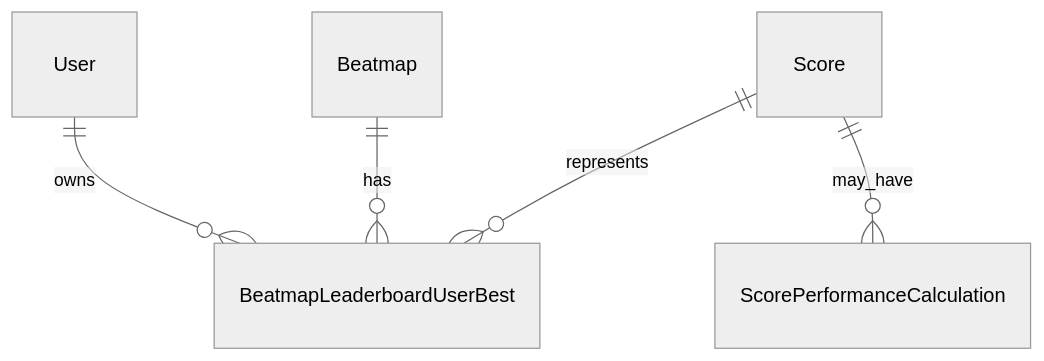
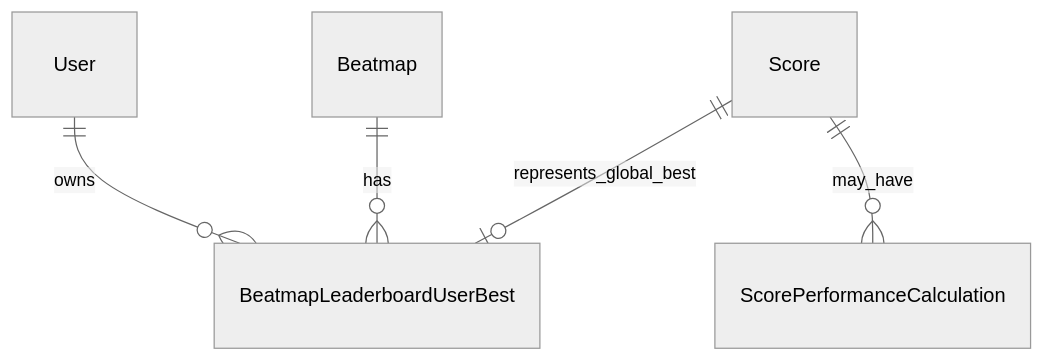
The fifth of 6 diagrams in .kiro/specs/beatmap-leaderboards/design.md (Reticulmz/athena), drawn with Mermaid (neutral theme) before and after one commit. The commit also changed other lines of this file and 130 other files, not shown here.

````diff
--- a/.kiro/specs/beatmap-leaderboards/design.md
+++ b/.kiro/specs/beatmap-leaderboards/design.md
@@ -703,7 +723,7 @@
 ```mermaid
 erDiagram
-    Score ||--o{ BeatmapLeaderboardUserBest : represents
+    Score ||--o| BeatmapLeaderboardUserBest : represents_global_best
     Beatmap ||--o{ BeatmapLeaderboardUserBest : has
     User ||--o{ BeatmapLeaderboardUserBest : owns
     Score ||--o{ ScorePerformanceCalculation : may_have
 ```
````
